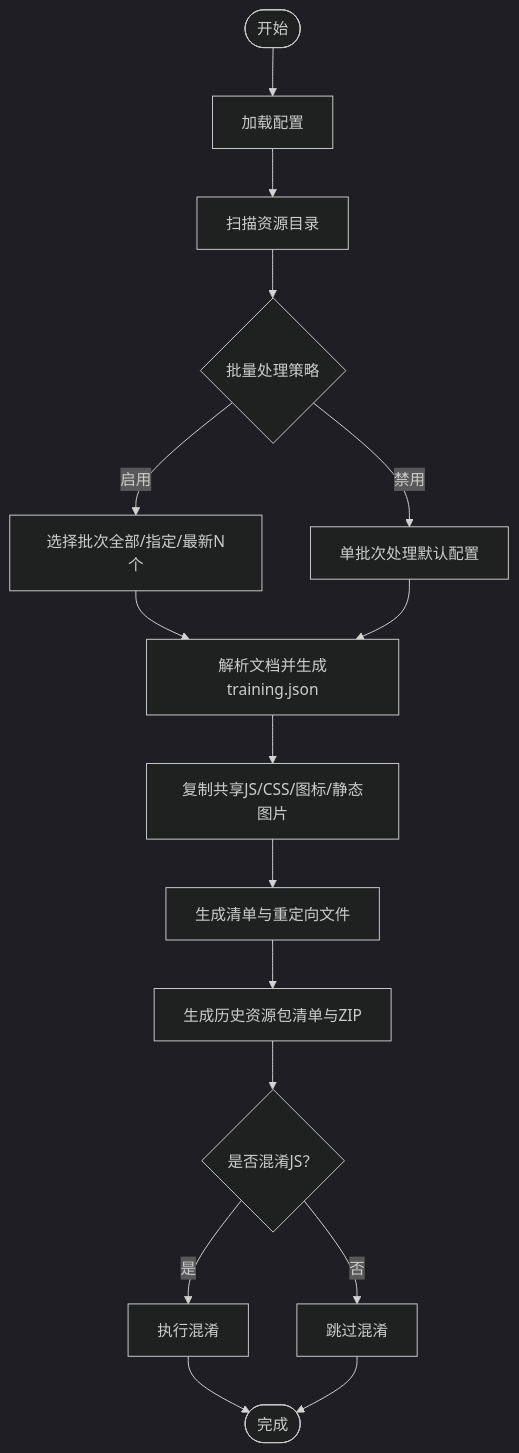
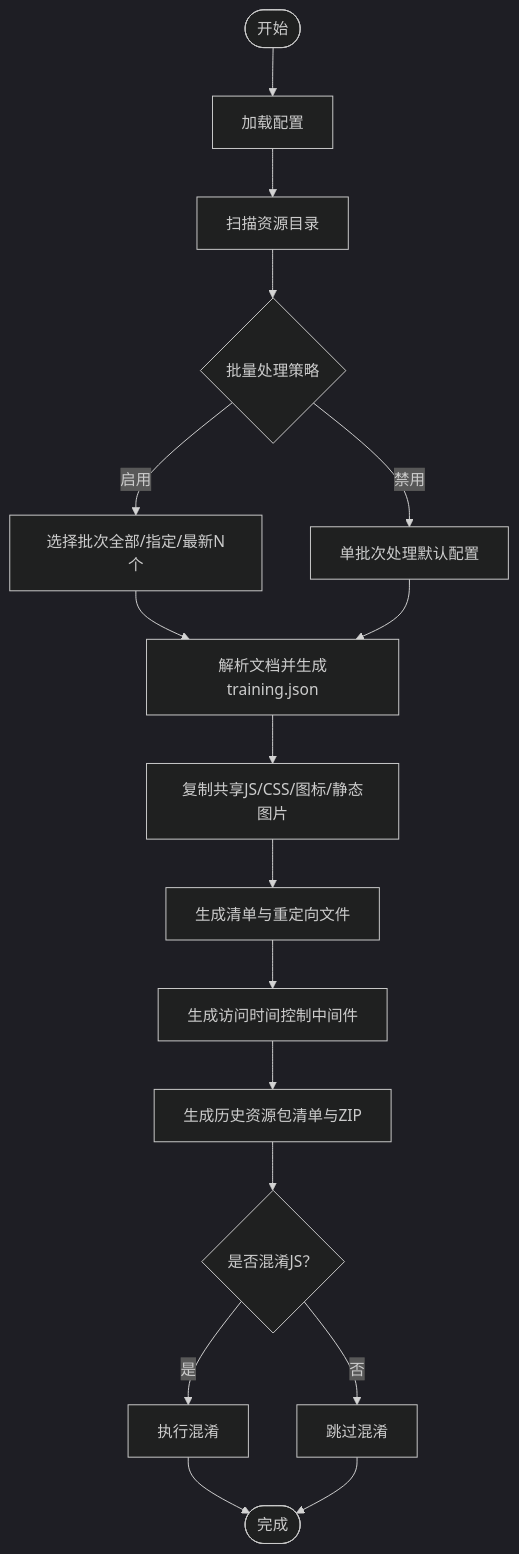
One commit to zhao-zg/cx changed the fourth of 5 diagrams in .qoder/repowiki/zh/content/部署发布/自动化部署脚本.md. Above: the diagram before and after it, drawn with Mermaid (dark theme). The commit also changed other lines of this file and 36 other files, not shown here.

````diff
--- a/.qoder/repowiki/zh/content/部署发布/自动化部署脚本.md
+++ b/.qoder/repowiki/zh/content/部署发布/自动化部署脚本.md
@@ -238,18 +266,19 @@
 ```mermaid
 flowchart TD
 Start(["开始"]) --> LoadCfg["加载配置"]
 LoadCfg --> ScanRes["扫描资源目录"]
 ScanRes --> BatchSel{"批量处理策略"}
 BatchSel --> |启用| SelectBatch["选择批次全部/指定/最新N个"]
 BatchSel --> |禁用| SingleBatch["单批次处理默认配置"]
 SelectBatch --> ParseDocs["解析文档并生成training.json"]
 SingleBatch --> ParseDocs
 ParseDocs --> CopyAssets["复制共享JS/CSS/图标/静态图片"]
 CopyAssets --> GenManifest["生成清单与重定向文件"]
-GenManifest --> PackRes["生成历史资源包清单与ZIP"]
+GenManifest --> GenMiddleware["生成访问时间控制中间件"]
+GenMiddleware --> PackRes["生成历史资源包清单与ZIP"]
 PackRes --> Obfuscate{"是否混淆JS？"}
 Obfuscate --> |是| DoObf["执行混淆"]
 Obfuscate --> |否| SkipObf["跳过混淆"]
 DoObf --> Done(["完成"])
 SkipObf --> Done
 ```
````
